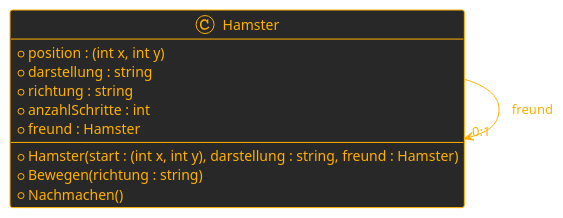
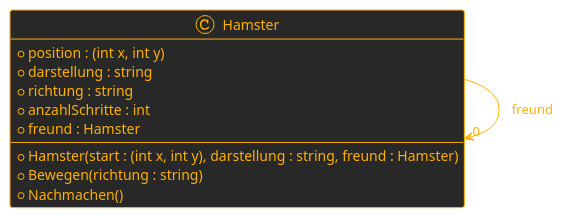
Before and after one commit to MrStrelow/HTL-POS: the diagram in JahrGang2/L04-KlassenUndObjekte/Skripten/L04.1_KlassenUndObjekte.md, drawn with PlantUML. The commit also changed 8 other files, not shown here.

````diff
--- a/JahrGang2/L04-KlassenUndObjekte/Skripten/L04.1_KlassenUndObjekte.md
+++ b/JahrGang2/L04-KlassenUndObjekte/Skripten/L04.1_KlassenUndObjekte.md
@@ -196,20 +196,20 @@
 ```plantuml {align="center"}
 @startuml
 !theme crt-amber
 skinparam backgroundColor transparent
 
 class Hamster {
   + position : (int x, int y)
   + darstellung : string
   + richtung : string
   + anzahlSchritte : int
   + freund : Hamster
   --
   + Hamster(start : (int x, int y), darstellung : string, freund : Hamster)
   + Bewegen(richtung : string)
   + Nachmachen()
 }
 
-Hamster --> "0:1" Hamster : "  freund"
+Hamster --> "0" Hamster : "  freund"
 @enduml
 ```
````
